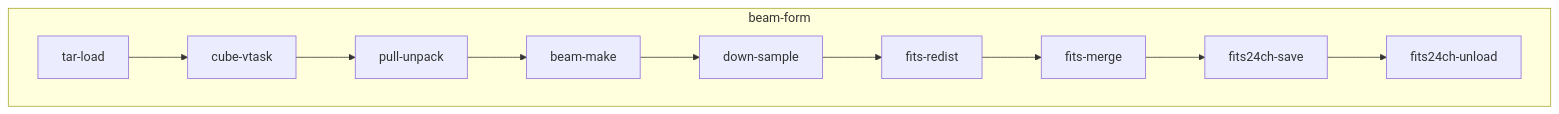
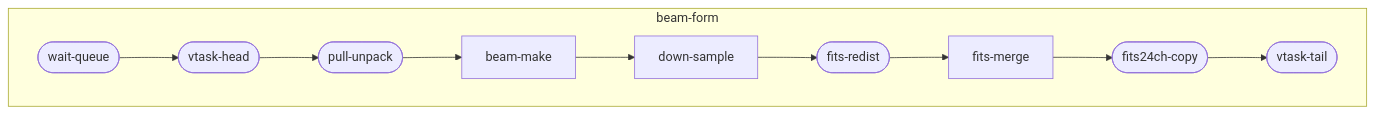
One commit to kaichao/app-mwa changed the diagram in pipelines/beam-form/Design.md. Above: the diagram before and after it, drawn with Mermaid. The commit also changed other lines of this file and 33 other files, not shown here.

Commit message:
Add full vtask-support to pipelines/beam-form/app.

````diff
--- a/pipelines/beam-form/Design.md
+++ b/pipelines/beam-form/Design.md
@@ -3,13 +4,13 @@
 ```mermaid
 flowchart TD
   subgraph beam-form
-    tar-load --> cube-vtask
-    cube-vtask --> pull-unpack
-    pull-unpack --> beam-make
-    beam-make --> down-sample
-    down-sample --> fits-redist
-    fits-redist --> fits-merge
-    fits-merge --> fits24ch-save
-    fits24ch-save --> fits24ch-unload
+    A([wait-queue]) --> B([vtask-head])
+    B --> C([pull-unpack])
+    C --> D[beam-make]
+    D --> E[down-sample]
+    E --> F([fits-redist])
+    F --> G[fits-merge]
+    G --> H([fits24ch-copy])
+    H --> I([vtask-tail])
   end
 ```
````
